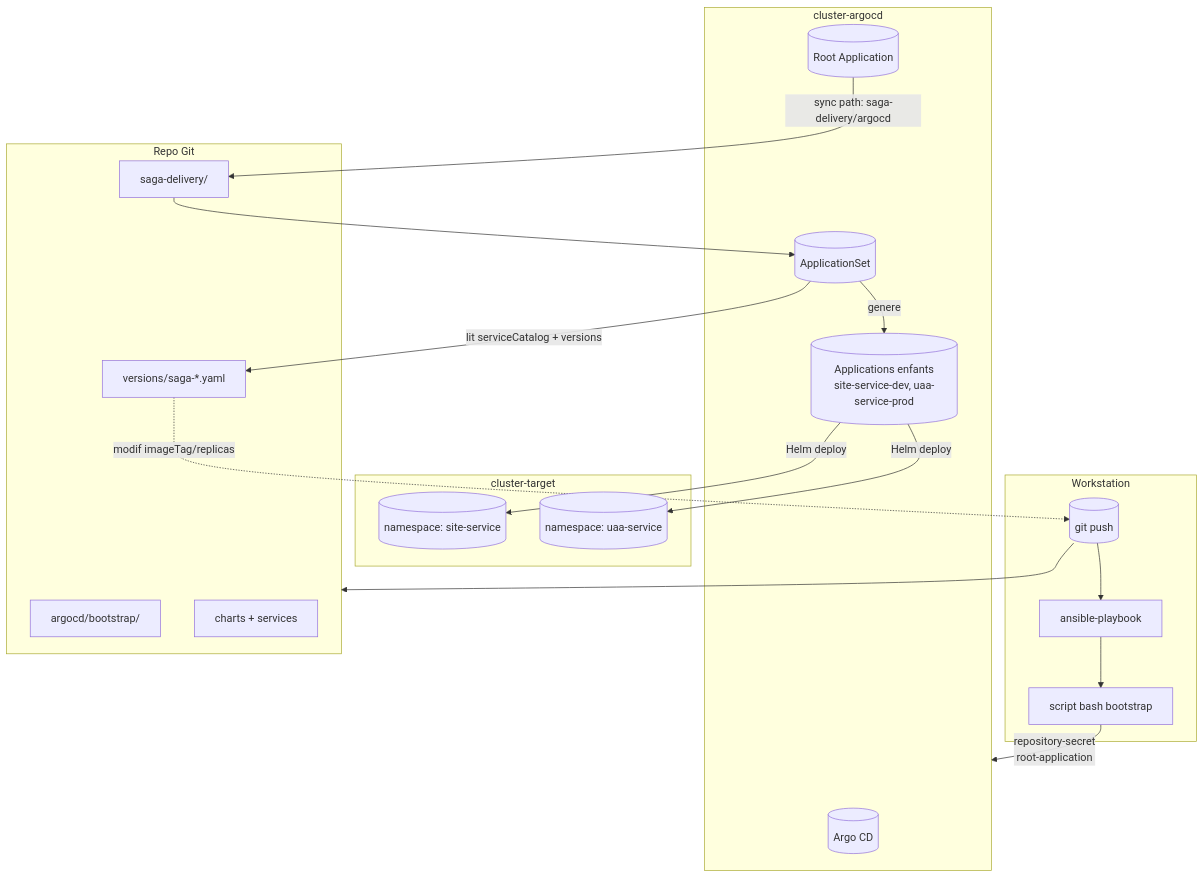
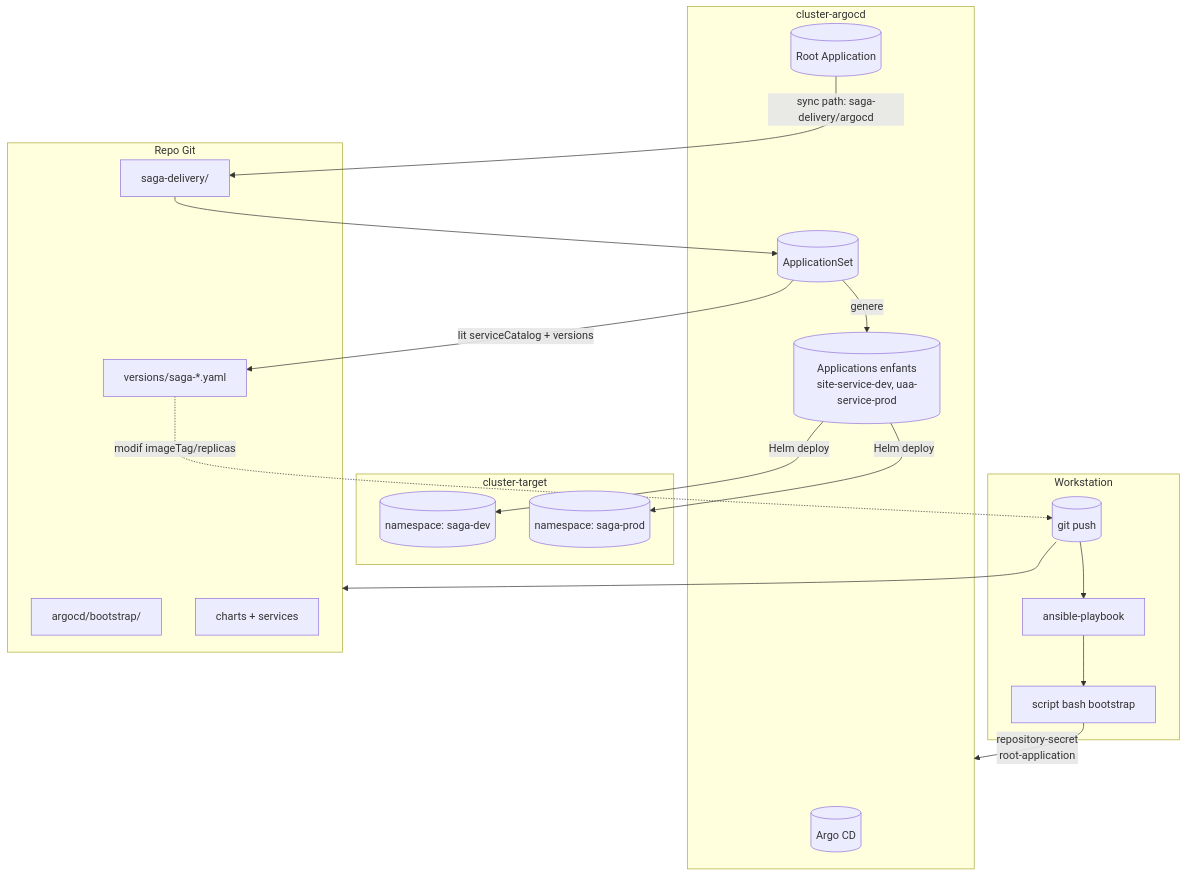
One commit to poc-hero/saga-orchestration-case-study changed the first of 2 diagrams in docs/gitops-argocd-impl.md. Above: the diagram before and after it, drawn with Mermaid. The commit also changed other lines of this file and 4 other files, not shown here.

````diff
--- a/docs/gitops-argocd-impl.md
+++ b/docs/gitops-argocd-impl.md
@@ -1221,41 +1223,41 @@
 ```mermaid
 flowchart TB
     subgraph workstation["Workstation"]
         GIT[("git push")]
         ANSIBLE["ansible-playbook"]
         SCRIPT["script bash bootstrap"]
     end
 
     subgraph cluster_argocd["cluster-argocd"]
         ARGOCD[("Argo CD")]
         ROOT_APP[("Root Application")]
         APPSET[("ApplicationSet")]
         APPS[("Applications enfants\nsite-service-dev, uaa-service-prod")]
     end
 
     subgraph cluster_target["cluster-target"]
-        NS1[("namespace: site-service")]
-        NS2[("namespace: uaa-service")]
+        NS1[("namespace: saga-dev")]
+        NS2[("namespace: saga-prod")]
     end
 
     subgraph repo["Repo Git"]
         BOOTSTRAP["argocd/bootstrap/"]
         SAGA_DELIVERY["saga-delivery/"]
         VERSIONS["versions/saga-*.yaml"]
         CHARTS["charts + services"]
     end
 
     GIT --> repo
     GIT --> ANSIBLE
     ANSIBLE --> SCRIPT
     SCRIPT -->|"repository-secret\nroot-application"| cluster_argocd
 
     ROOT_APP -->|"sync path: saga-delivery/argocd"| SAGA_DELIVERY
     SAGA_DELIVERY --> APPSET
     APPSET -->|"lit serviceCatalog + versions"| VERSIONS
     APPSET -->|"genere"| APPS
     APPS -->|"Helm deploy"| NS1
     APPS -->|"Helm deploy"| NS2
 
     VERSIONS -.->|"modif imageTag/replicas"| GIT
 ```
````
